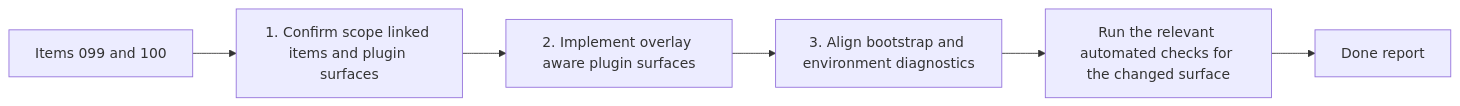
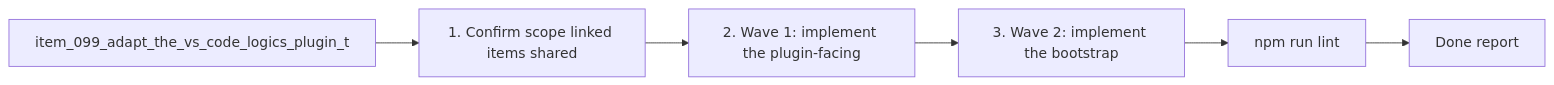
The diagram in logics/tasks/task_089_orchestration_delivery_for_req_076_and_req_077_plugin_overlay_awareness_and_bootstrap_readiness.md (AlexAgo83/logics-manager), drawn with Mermaid before and after one commit. The commit also changed other lines of this file and 481 other files, not shown here.

````diff
--- a/logics/tasks/task_089_orchestration_delivery_for_req_076_and_req_077_plugin_overlay_awareness_and_bootstrap_readiness.md
+++ b/logics/tasks/task_089_orchestration_delivery_for_req_076_and_req_077_plugin_overlay_awareness_and_bootstrap_readiness.md
@@ -27,10 +27,10 @@
 ```mermaid
 %% logics-kind: task
 %% logics-signature: task|orchestration-delivery-for-req-076-and-r|item-099-adapt-the-vs-code-logics-plugin|1-confirm-scope-linked-items-shared|npm-run-lint
 flowchart LR
-    Backlog[Items 099 and 100] --> Step1[1. Confirm scope linked items and plugin surfaces]
-    Step1 --> Step2[2. Implement overlay aware plugin surfaces]
-    Step2 --> Step3[3. Align bootstrap and environment diagnostics]
-    Step3 --> Validation[Run the relevant automated checks for the changed surface]
+    Backlog[item_099_adapt_the_vs_code_logics_plugin_t] --> Step1[1. Confirm scope linked items shared]
+    Step1 --> Step2[2. Wave 1: implement the plugin-facing]
+    Step2 --> Step3[3. Wave 2: implement the bootstrap]
+    Step3 --> Validation[npm run lint]
     Validation --> Report[Done report]
 ```
````
